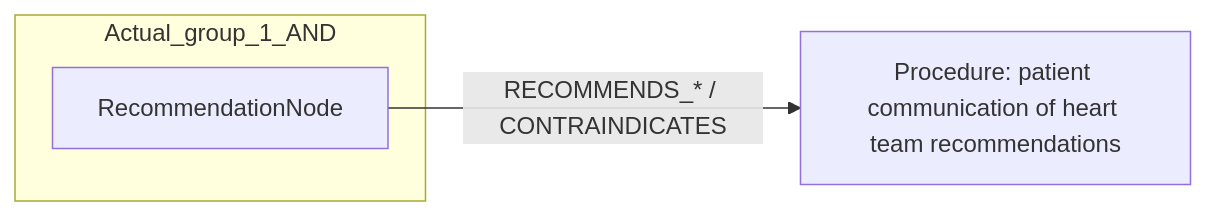
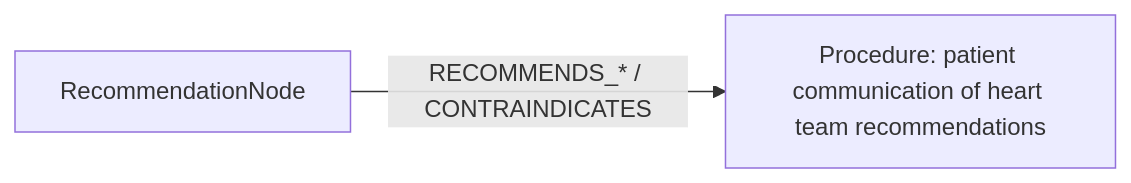
The second of 2 diagrams in docs/table22_rows/row_03.md (dieterich-lab/CardioGuidelinesGraph), drawn with Mermaid before and after one commit. The commit also changed other lines of this file and 18 other files, not shown here.

Commit message:
Adjust mermaid for conditions/actions

````diff
--- a/docs/table22_rows/row_03.md
+++ b/docs/table22_rows/row_03.md
@@ -117,9 +116,6 @@
 ```mermaid
 graph LR
   REC[RecommendationNode]
   ACT1[Procedure: patient communication of heart team recommendations]
   REC -->|RECOMMENDS_* / CONTRAINDICATES| ACT1
-  subgraph Actual_group_1_AND
-    REC
-  end
 ```
````
